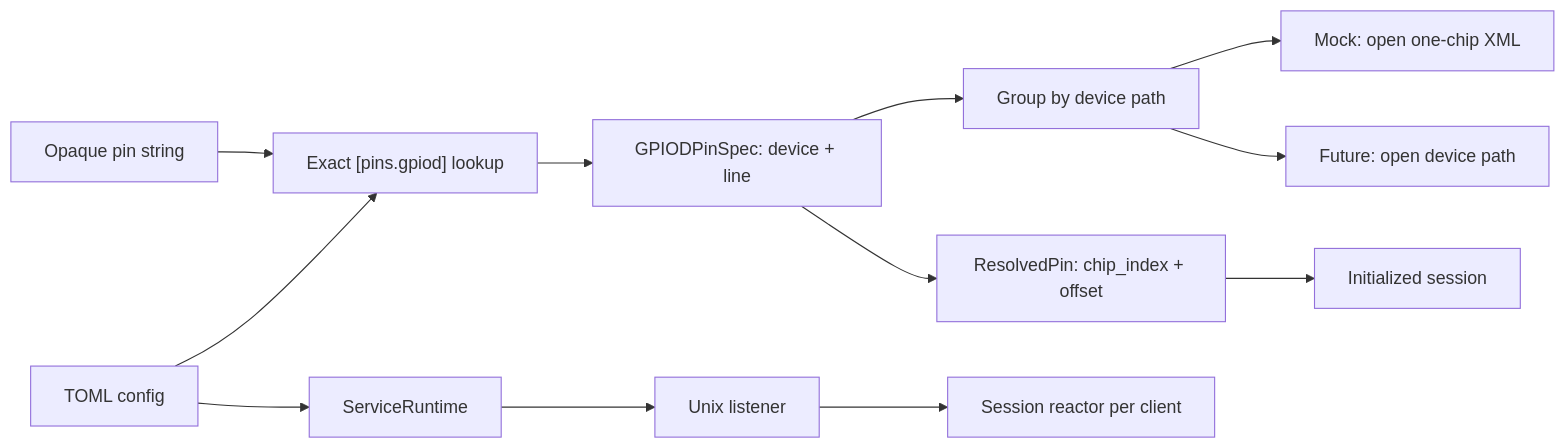
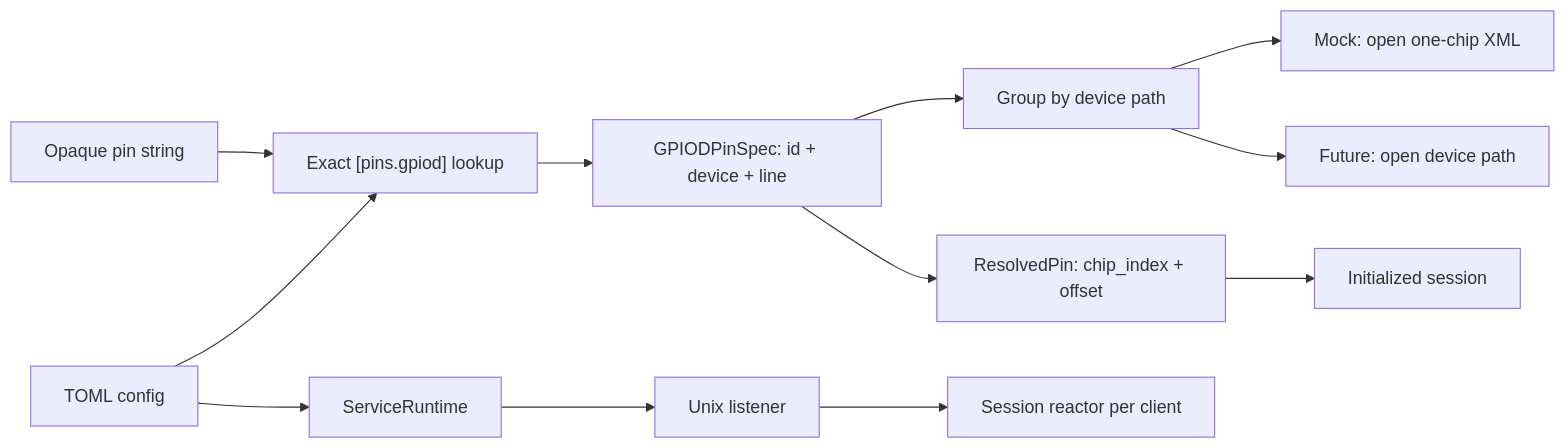
The diagram in docs/architecture.md (DWCarrot/gpiojsonsvc), drawn with Mermaid before and after one commit. The commit also changed other lines of this file and 9 other files, not shown here.

````diff
--- a/docs/architecture.md
+++ b/docs/architecture.md
@@ -5,14 +5,14 @@
 ```mermaid
 flowchart LR
     pinString["Opaque pin string"] --> exactLookup["Exact [pins.gpiod] lookup"]
     configFile["TOML config"] --> exactLookup
-    exactLookup --> location["GPIODPinSpec: device + line"]
+    exactLookup --> location["GPIODPinSpec: id + device + line"]
     location --> deviceGroup["Group by device path"]
     deviceGroup --> mockSelect["Mock: open one-chip XML"]
     deviceGroup --> realOpen["Future: open device path"]
     location --> resolvedPin["ResolvedPin: chip_index + offset"]
     resolvedPin --> initializedSession["Initialized session"]
     configFile --> runtime["ServiceRuntime"]
     runtime --> udsListener["Unix listener"]
     udsListener --> reactor["Session reactor per client"]
 ```
````
